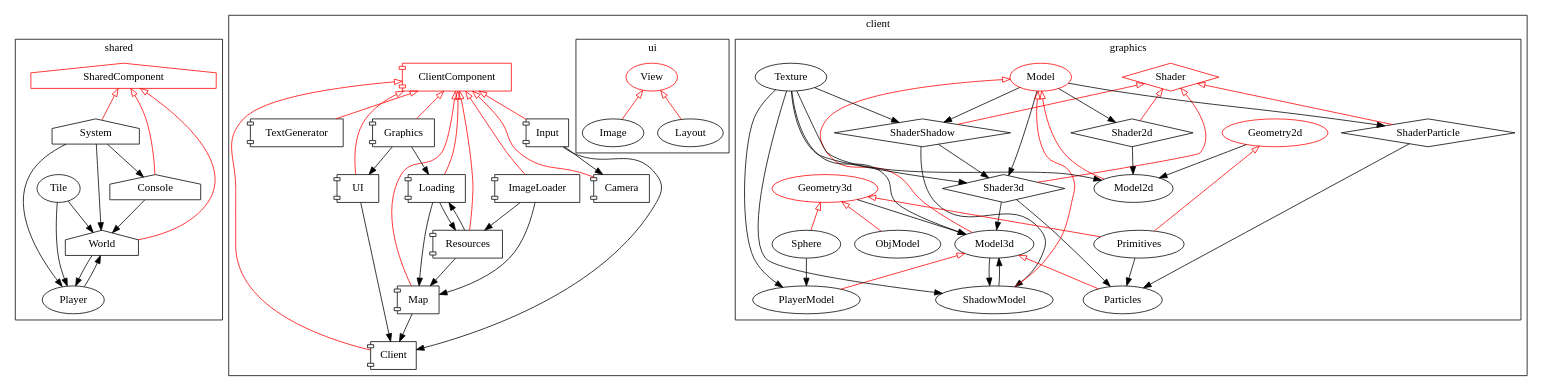
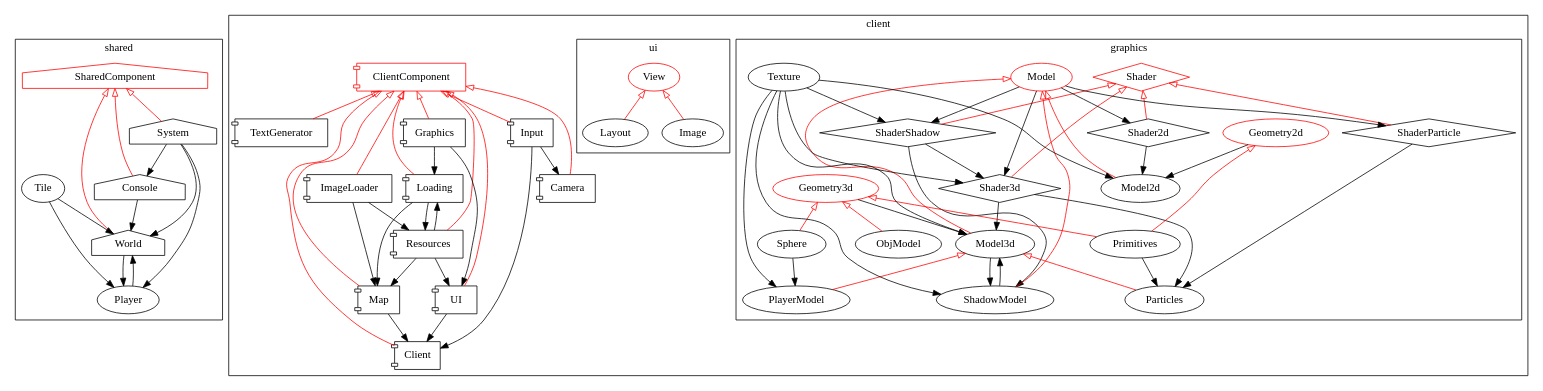
One commit to AsGreyWolf/Teeworlds3d changed the diagram in graph.dot. Above: the diagram before and after it, drawn with Graphviz. The commit also changed 2 other files, not shown here.

Commit message:
Graph update

```diff
--- a/graph.dot
+++ b/graph.dot
@@ -1,183 +1,185 @@
  digraph tee3d {
  	subgraph cluster_0 {
  		label="shared";
  		SharedComponent [shape=house color=red];
  		Console [shape=house];
 	 	System [shape=house];
 	 	World [shape=house];
 	 	Tile;
 	 	Player;
 		SharedComponent->Console[color=red arrowhead=none arrowtail=empty dir=back];
 		SharedComponent->System[color=red arrowhead=none arrowtail=empty dir=back];
 		SharedComponent->World[color=red arrowhead=none arrowtail=empty dir=back];
 		World->Player;
 		System->Player;
 		Tile->Player;
 		Player->World;
 		Tile->World;
 		Console->World;
 		System->World;
 		System->Console;
  	}
  	subgraph cluster_1 {
  		label="client";
 	 	ClientComponent [shape=component color=red];
 	 	Client [shape=component];
 	 	Graphics [shape=component];
 	 	Camera [shape=component];
 	 	Resources [shape=component];
 	 	Input [shape=component];
 	 	Map [shape=component];
 	 	TextGenerator [shape=component];
 	 	ImageLoader [shape=component];
 	 	Loading [shape=component];
 	 	UI [shape=component];
 
 		ClientComponent->Camera[color=red arrowhead=none arrowtail=empty dir=back];
 		ClientComponent->Client[color=red arrowhead=none arrowtail=empty dir=back];
 		ClientComponent->Graphics[color=red arrowhead=none arrowtail=empty dir=back];
 		ClientComponent->Resources[color=red arrowhead=none arrowtail=empty dir=back];
 		ClientComponent->Input[color=red arrowhead=none arrowtail=empty dir=back];
 		ClientComponent->Map[color=red arrowhead=none arrowtail=empty dir=back];
 		ClientComponent->TextGenerator[color=red arrowhead=none arrowtail=empty dir=back];
 		ClientComponent->ImageLoader[color=red arrowhead=none arrowtail=empty dir=back];
 		ClientComponent->Loading[color=red arrowhead=none arrowtail=empty dir=back];
 		ClientComponent->UI[color=red arrowhead=none arrowtail=empty dir=back];
 
 		Input->Client;
 		Input->Camera;
 		ImageLoader->Map;
 		ImageLoader->Resources->Map;
 		Loading->Map;
 		Loading->Resources;
 		Graphics->Loading;
 		Resources->Loading;
 		Graphics->UI;
+		Resources->UI;
 		UI->Client;
 		Map->Client;
 
 	 	subgraph cluster_2 {
 	 		label="graphics";
 			Shader [shape=diamond color=red];
 			Shader3d [shape=diamond];
 			ShaderShadow [shape=diamond];
 			Shader2d [shape=diamond];
 			ShaderParticle [shape=diamond];
 			Model [color=red];
 			Geometry3d[color=red];
 			Geometry2d[color=red];
 			Model3d;
 			Model2d;
 			ShadowModel;
 			PlayerModel;
 			Particles;
 			ObjModel;
 			Primitives;
 			Sphere;
 			Texture;
 			Model->Model3d->PlayerModel[color=red arrowhead=none arrowtail=empty dir=back];
 			Model->ShadowModel[color=red arrowhead=none arrowtail=empty dir=back];
 			Model->Model2d[color=red arrowhead=none arrowtail=empty dir=back];
 			Shader->Shader3d[color=red arrowhead=none arrowtail=empty dir=back];
 			Shader->ShaderShadow[color=red arrowhead=none arrowtail=empty dir=back];
 			Shader->ShaderParticle[color=red arrowhead=none arrowtail=empty dir=back];
 			Shader->Shader2d[color=red arrowhead=none arrowtail=empty dir=back];
 			Geometry3d->ObjModel[color=red arrowhead=none arrowtail=empty dir=back];
 			Geometry3d->Primitives[color=red arrowhead=none arrowtail=empty dir=back];
 			Geometry3d->Sphere[color=red arrowhead=none arrowtail=empty dir=back];
 			Geometry2d->Primitives[color=red arrowhead=none arrowtail=empty dir=back];
 			Model3d->Particles[color=red arrowhead=none arrowtail=empty dir=back];
 
 			Shader3d->Model3d;
 			Texture->Model3d;
 			ShadowModel->Model3d;
 			Geometry3d->Model3d;
 			Shader2d->Model2d;
 			Texture->Model2d;
 			Geometry2d->Model2d;
 			Texture->PlayerModel;
 			Sphere->PlayerModel;
 			Model->Shader3d;
 			Texture->Shader3d;
 			ShaderShadow->Shader3d;
 			Model->Shader2d;
 			Texture->ShaderShadow;
 			Model->ShaderShadow;
 			Model->ShaderParticle;
 			Model3d->ShadowModel;
 			ShaderShadow->ShadowModel;
 			Texture->ShadowModel;
 			Shader3d->Particles;
 			ShaderParticle->Particles;
 			Primitives->Particles;
 	 	}
 	 	/*
 		Graphics->Model3d;
 		Graphics->Model2d;
 		Resources->PlayerModel;
 		Camera->Shader3d;
 		Graphics->Shader3d;
 		Graphics->Shader2d;
 		Shader->Graphics;
 		Camera->ShaderShadow;
 		Graphics->ShaderShadow;
 		Camera->ShaderParticle;
 		Graphics->ShaderParticle;
 		Loading->PlayerModel;
 
 		PlayerModel->Resources;
 		Texture->Resources;
 		Model3d->Resources;
 		Primitives->Resources;
 		ObjModel->Resources;
 		Model3d->Map;
 		PlayerModel->Map;
 		Primitives->Map;
 		Texture->TextGenerator;
 		Texture->ImageLoader;
 		Model2d->Loading;
 		Primitives->Loading;
 		*/
 		subgraph cluster_3 {
 			label="ui";
 			View[color=red];
 			Layout;
 			Image;
 			View->Layout[color=red arrowhead=none arrowtail=empty dir=back];
 			View->Image[color=red arrowhead=none arrowtail=empty dir=back];
 		}
 		/*
 		Texture->Image;
 		Model2d->Image;
 		Primitives->Image;
 
 		UI->View;
 
 		Layout->UI;
+		Image->UI;
 		*/
  	}
  	/*
 	SharedComponent->ClientComponent[color=red arrowhead=none arrowtail=empty dir=back];
 	System->Camera;
 	Map->Client;
 	Console->Client;
 	Console->Graphics;
 	System->Resources;
 	World->Map;
 	Tile->Map;
 	Console->TextGenerator;
 	System->TextGenerator;
 	Console->ImageLoader;
 	System->ImageLoader;
 	System->Loading;
 
 		Player->PlayerModel;
 		System->PlayerModel;
 		Console->Shader;
 		System->Shader;
 		System->Texture;
 		Graphics->Texture;
 		System->ObjModel;
 		System->ShaderParticle;
 		*/
 }
```
